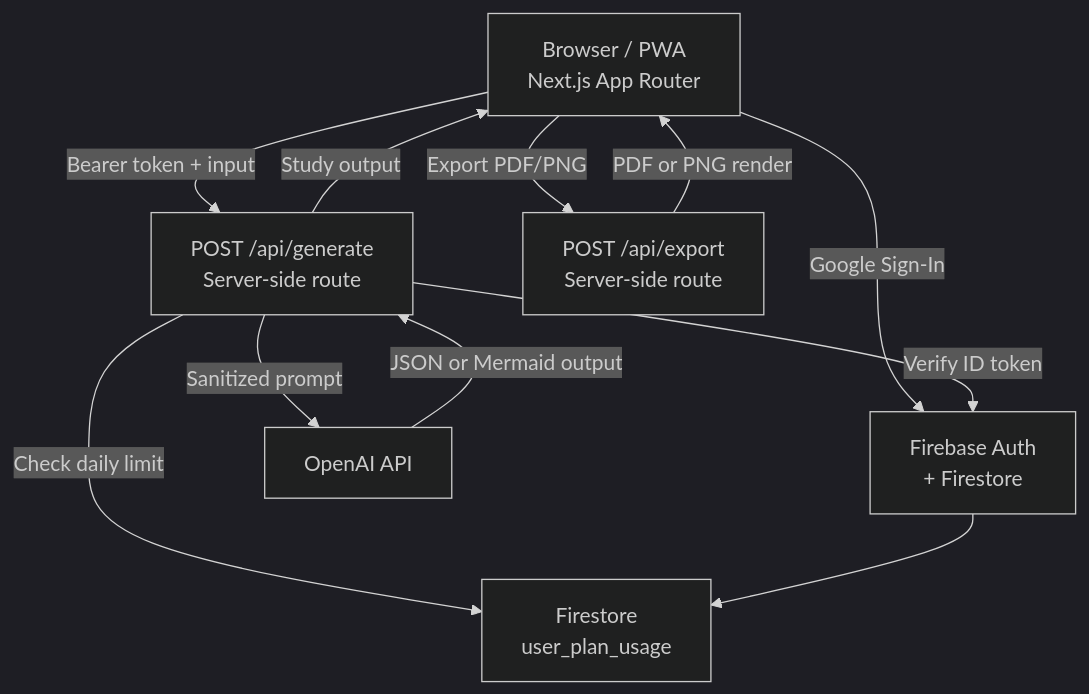
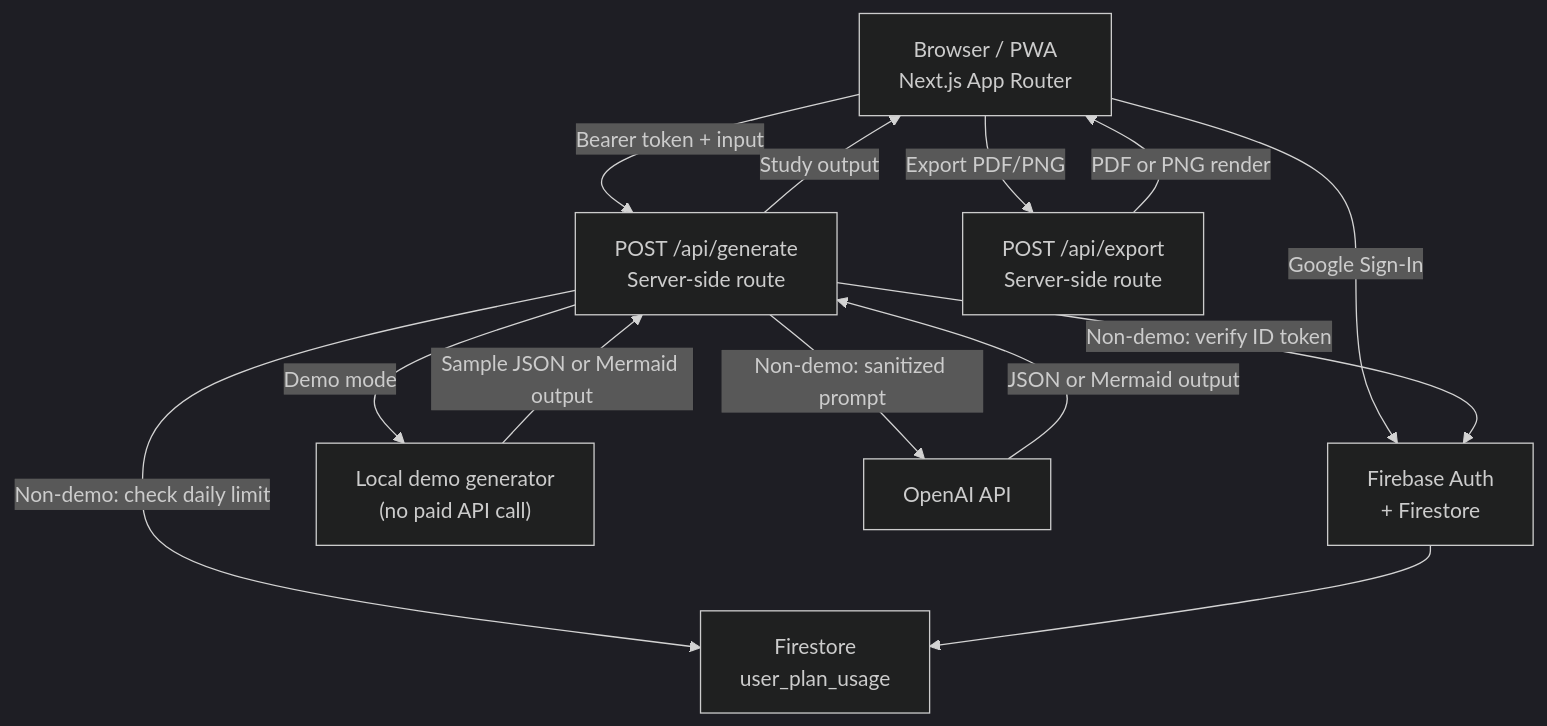
One commit to SKYDARTIST/mindmint changed the diagram in docs/architecture.md. Above: the diagram before and after it, drawn with Mermaid (dark theme). The commit also changed other lines of this file and 8 other files, not shown here.

First line of the commit message:
Add no-cost demo mode

````diff
--- a/docs/architecture.md
+++ b/docs/architecture.md
@@ -5,18 +7,20 @@
 ```mermaid
 flowchart TD
   User["Browser / PWA\nNext.js App Router"]
 
   User -->|"Bearer token + input"| GenerateAPI["POST /api/generate\nServer-side route"]
   User -->|"Google Sign-In"| Firebase["Firebase Auth\n+ Firestore"]
   User -->|"Export PDF/PNG"| ExportAPI["POST /api/export\nServer-side route"]
 
-  GenerateAPI -->|"Verify ID token"| Firebase
-  GenerateAPI -->|"Check daily limit"| Firestore["Firestore\nuser_plan_usage"]
-  GenerateAPI -->|"Sanitized prompt"| OpenAI["OpenAI API"]
+  GenerateAPI -->|"Demo mode"| Demo["Local demo generator\n(no paid API call)"]
+  GenerateAPI -->|"Non-demo: verify ID token"| Firebase
+  GenerateAPI -->|"Non-demo: check daily limit"| Firestore["Firestore\nuser_plan_usage"]
+  GenerateAPI -->|"Non-demo: sanitized prompt"| OpenAI["OpenAI API"]
 
+  Demo -->|"Sample JSON or Mermaid output"| GenerateAPI
   OpenAI -->|"JSON or Mermaid output"| GenerateAPI
   GenerateAPI -->|"Study output"| User
 
   ExportAPI -->|"PDF or PNG render"| User
   Firebase --> Firestore
 ```
````
